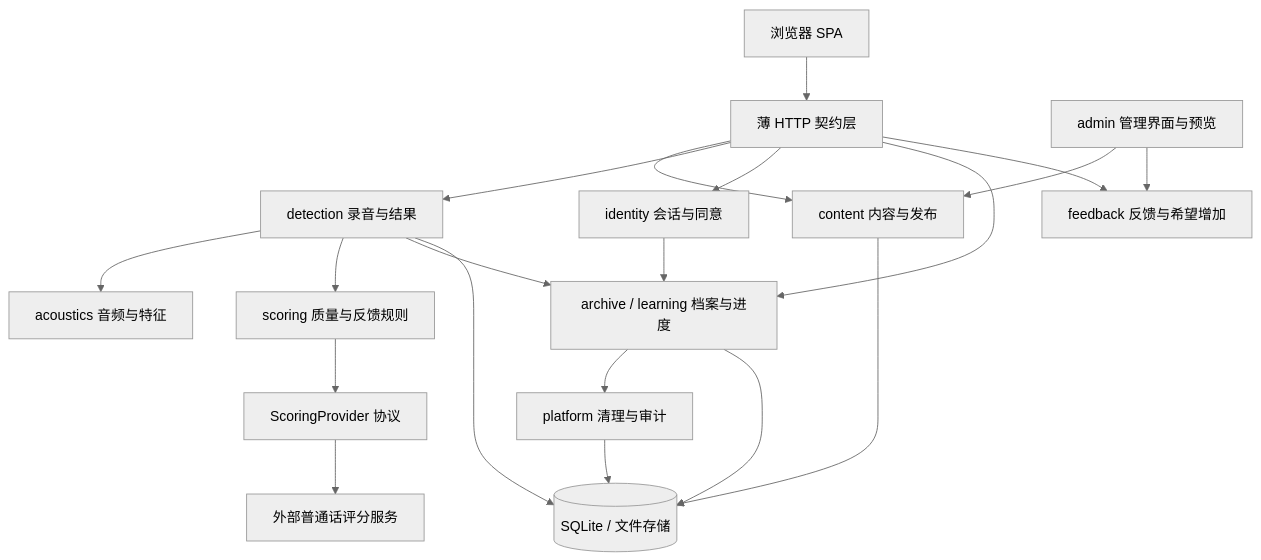
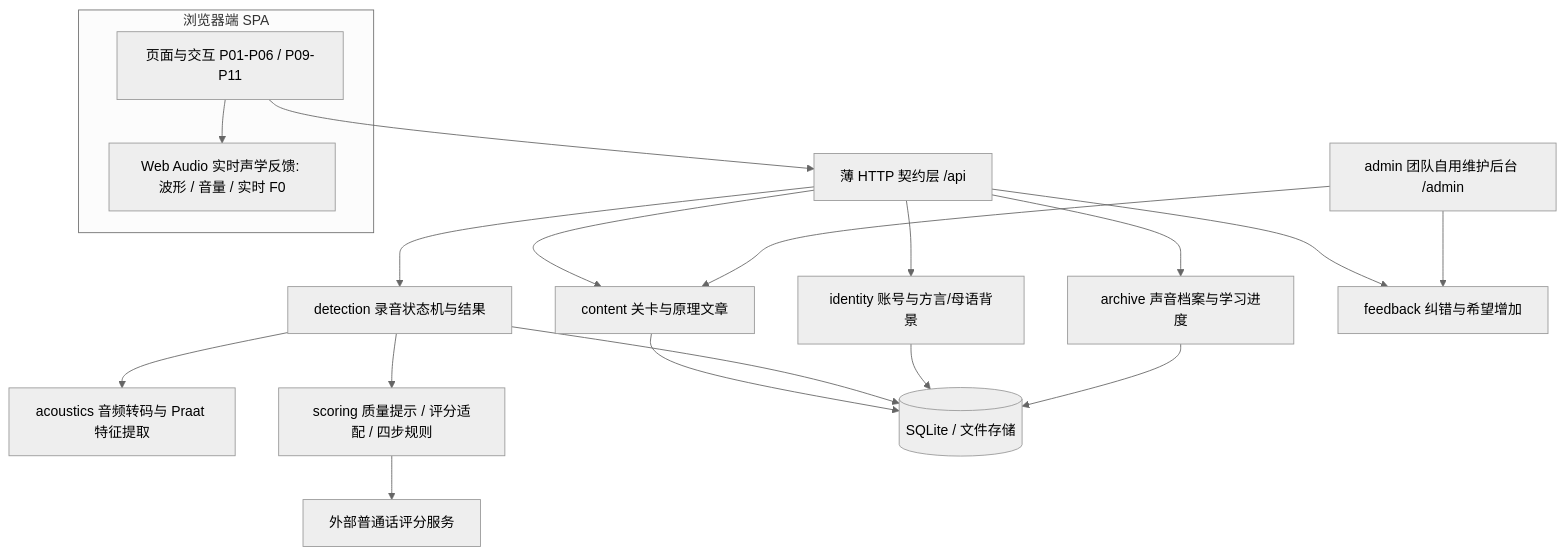
Before and after one commit to teke123/sound-visualizer-learning-: the first of 2 diagrams in docs/architecture/02-目标架构.md, drawn with Mermaid (neutral theme). The commit also changed other lines of this file and 16 other files, not shown here.

````diff
--- a/docs/architecture/02-目标架构.md
+++ b/docs/architecture/02-目标架构.md
@@ -9,22 +9,23 @@
 ```mermaid
 flowchart TB
-    UI[浏览器 SPA] --> API[薄 HTTP 契约层]
-    API --> Content[content 内容与发布]
-    API --> Detection[detection 录音与结果]
-    API --> Identity[identity 会话与同意]
-    API --> Archive[archive / learning 档案与进度]
-    API --> Feedback[feedback 反馈与希望增加]
-    Admin[admin 管理界面与预览] --> Content
+    subgraph Browser[浏览器端 SPA]
+        UI[页面与交互 P01-P06 / P09-P11]
+        RT[Web Audio 实时声学反馈: 波形 / 音量 / 实时 F0]
+        UI --> RT
+    end
+    UI --> API[薄 HTTP 契约层 /api]
+    API --> Content[content 关卡与原理文章]
+    API --> Detection[detection 录音状态机与结果]
+    API --> Identity[identity 账号与方言/母语背景]
+    API --> Archive[archive 声音档案与学习进度]
+    API --> Feedback[feedback 纠错与希望增加]
+    Admin[admin 团队自用维护后台 /admin] --> Content
     Admin --> Feedback
-    Detection --> Acoustics[acoustics 音频与特征]
-    Detection --> Scoring[scoring 质量与反馈规则]
-    Scoring --> Provider[ScoringProvider 协议]
-    Provider --> External[外部普通话评分服务]
-    Detection --> Archive
-    Identity --> Archive
-    Archive --> Cleanup[platform 清理与审计]
+    Detection --> Acoustics[acoustics 音频转码与 Praat 特征提取]
+    Detection --> Scoring[scoring 质量提示 / 评分适配 / 四步规则]
+    Scoring --> Provider[外部普通话评分服务]
     Content --> DB[(SQLite / 文件存储)]
     Detection --> DB
+    Identity --> DB
     Archive --> DB
-    Cleanup --> DB
 ```
````
